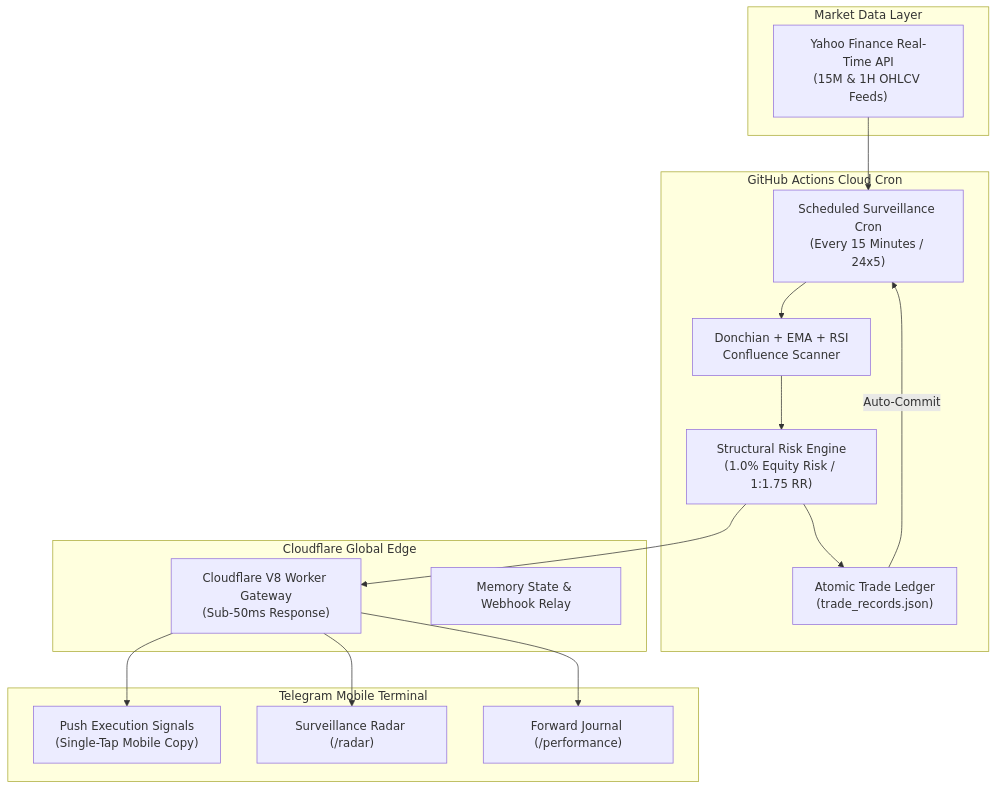
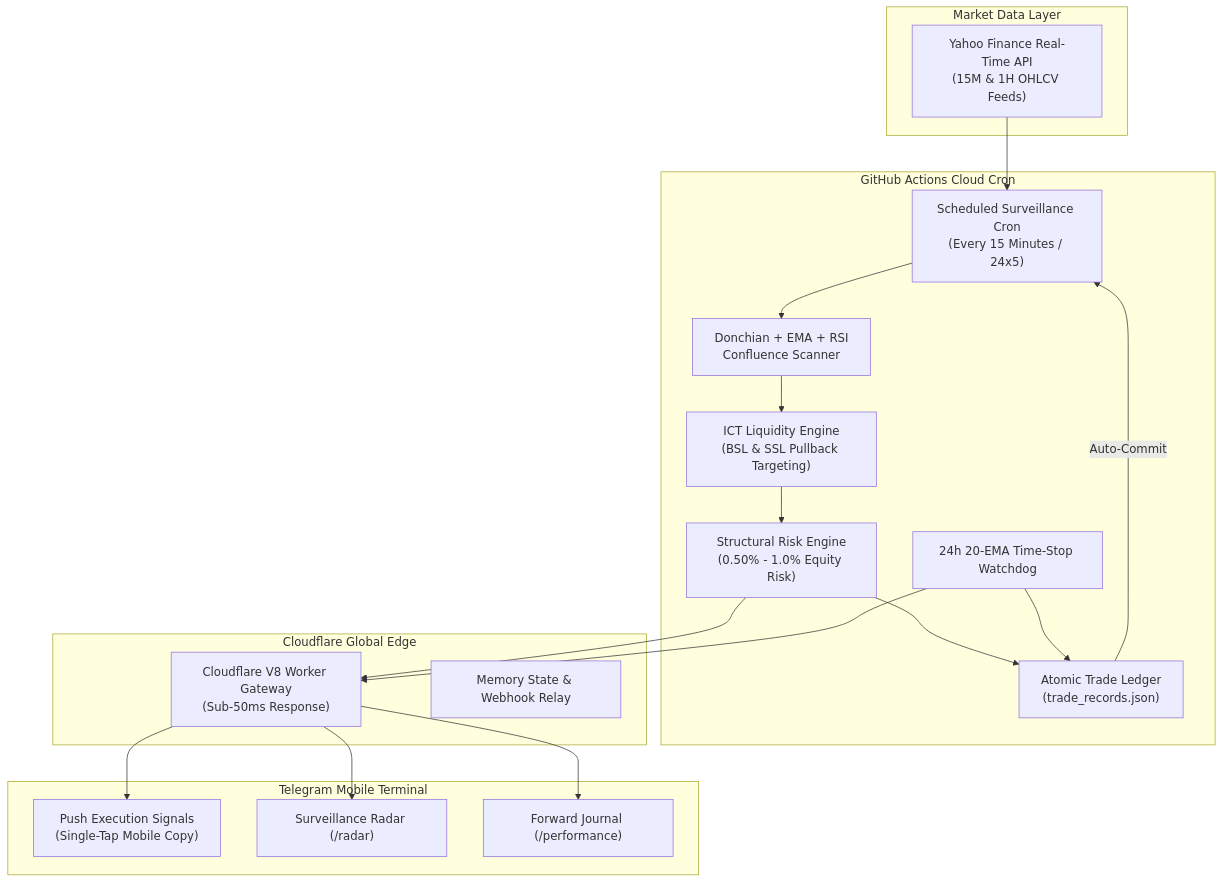
The diagram in docs/Institutional_Trading_Engine_Whitepaper.md (siddiqx/Trading-Bot), drawn with Mermaid before and after one commit. The commit also changed other lines of this file and 5 other files, not shown here.

Commit message:
docs: finalize architecture documentation, README, and whitepaper with prop firm benchmarks

````diff
--- a/docs/Institutional_Trading_Engine_Whitepaper.md
+++ b/docs/Institutional_Trading_Engine_Whitepaper.md
@@ -27,34 +29,39 @@
 ```mermaid
 flowchart TD
     subgraph Market Data Layer
         YF["Yahoo Finance Real-Time API<br/>(15M & 1H OHLCV Feeds)"]
     end
 
     subgraph Compute Engine [GitHub Actions Cloud Cron]
         CRON["Scheduled Surveillance Cron<br/>(Every 15 Minutes / 24x5)"]
         SCAN["Donchian + EMA + RSI<br/>Confluence Scanner"]
-        RISK["Structural Risk Engine<br/>(1.0% Equity Risk / 1:1.75 RR)"]
+        ICT["ICT Liquidity Engine<br/>(BSL & SSL Pullback Targeting)"]
+        TIME["24h 20-EMA Time-Stop Watchdog"]
+        RISK["Structural Risk Engine<br/>(0.50% - 1.0% Equity Risk)"]
         LEDGER["Atomic Trade Ledger<br/>(trade_records.json)"]
     end
 
     subgraph Edge Layer [Cloudflare Global Edge]
         WORKER["Cloudflare V8 Worker Gateway<br/>(Sub-50ms Response)"]
         STATE["Memory State & Webhook Relay"]
     end
 
     subgraph Client Cockpit [Telegram Mobile Terminal]
         TG_ALERT["Push Execution Signals<br/>(Single-Tap Mobile Copy)"]
         TG_RADAR["Surveillance Radar (/radar)"]
         TG_METRICS["Forward Journal (/performance)"]
     end
 
     YF --> CRON
     CRON --> SCAN
-    SCAN --> RISK
+    SCAN --> ICT
+    ICT --> RISK
     RISK --> LEDGER
     RISK --> WORKER
+    TIME --> LEDGER
+    TIME --> WORKER
     WORKER --> TG_ALERT
     WORKER --> TG_RADAR
     WORKER --> TG_METRICS
     LEDGER -->|Auto-Commit| CRON
 ```
````
